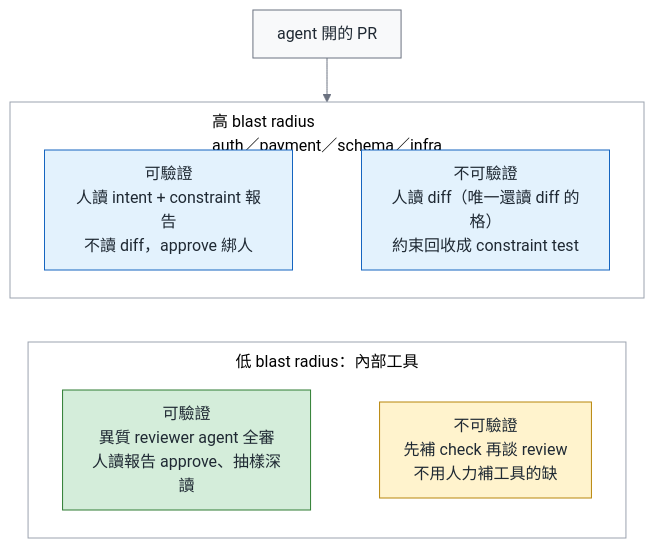
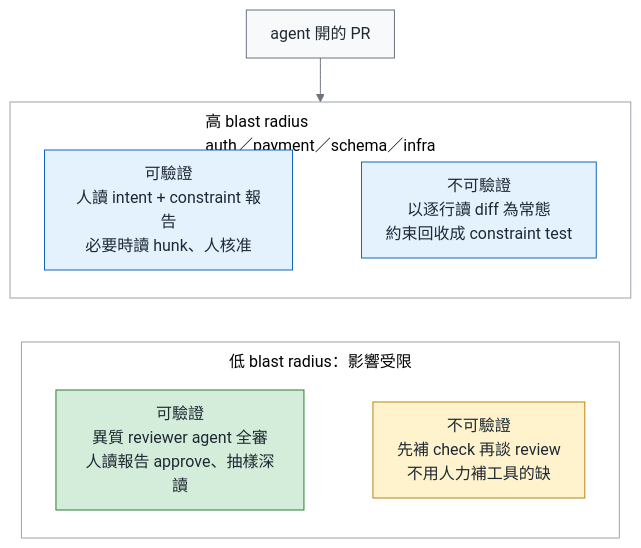
One commit to fantasybz/medium-articles changed the first of 4 diagrams in 2026-10-green-review/article.md. Above: the diagram before and after it, drawn with Mermaid. The commit also changed other lines of this file and 93 other files, not shown here.

````diff
--- a/2026-10-green-review/article.md
+++ b/2026-10-green-review/article.md
@@ -122,45 +122,45 @@
 ```mermaid
 ---
 config:
   theme: base
   themeVariables:
     fontSize: 16px
     primaryColor: "#f8f9fa"
     primaryTextColor: "#1f2933"
     primaryBorderColor: "#6b7280"
     lineColor: "#6b7280"
     secondaryColor: "#f8f9fa"
     tertiaryColor: "#ffffff"
     clusterBkg: "#ffffff"
     clusterBorder: "#9ca3af"
     edgeLabelBackground: "#ffffff"
   flowchart:
     nodeSpacing: 36
     rankSpacing: 44
     padding: 12
     htmlLabels: true
     subGraphTitleMargin:
       top: 8
       bottom: 12
     curve: basis
 ---
 flowchart TB
     classDef own fill:#d4edda,stroke:#2e7d32,color:#1f2933
     classDef buy fill:#fff3cd,stroke:#b8860b,color:#1f2933
     classDef bad fill:#ffe0e0,stroke:#c0392b,color:#1f2933
     classDef human fill:#e3f2fd,stroke:#1565c0,color:#1f2933
     P["agent 開的 PR"]
     subgraph hi["高 blast radius<br/>auth／payment／schema／infra"]
         direction LR
-        A["可驗證<br/>人讀 intent + constraint 報告<br/>不讀 diff，approve 綁人"] ~~~ B["不可驗證<br/>人讀 diff（唯一還讀 diff 的格）<br/>約束回收成 constraint test"]
+        A["可驗證<br/>人讀 intent + constraint 報告<br/>必要時讀 hunk、人核准"] ~~~ B["不可驗證<br/>以逐行讀 diff 為常態<br/>約束回收成 constraint test"]
     end
-    subgraph lo["低 blast radius：內部工具"]
+    subgraph lo["低 blast radius：影響受限"]
         direction LR
         C["可驗證<br/>異質 reviewer agent 全審<br/>人讀報告 approve、抽樣深讀"] ~~~ D["不可驗證<br/>先補 check 再談 review<br/>不用人力補工具的缺"]
     end
     P --> hi
     hi ~~~ lo
     class A,B human
     class C own
     class D buy
 ```
````
